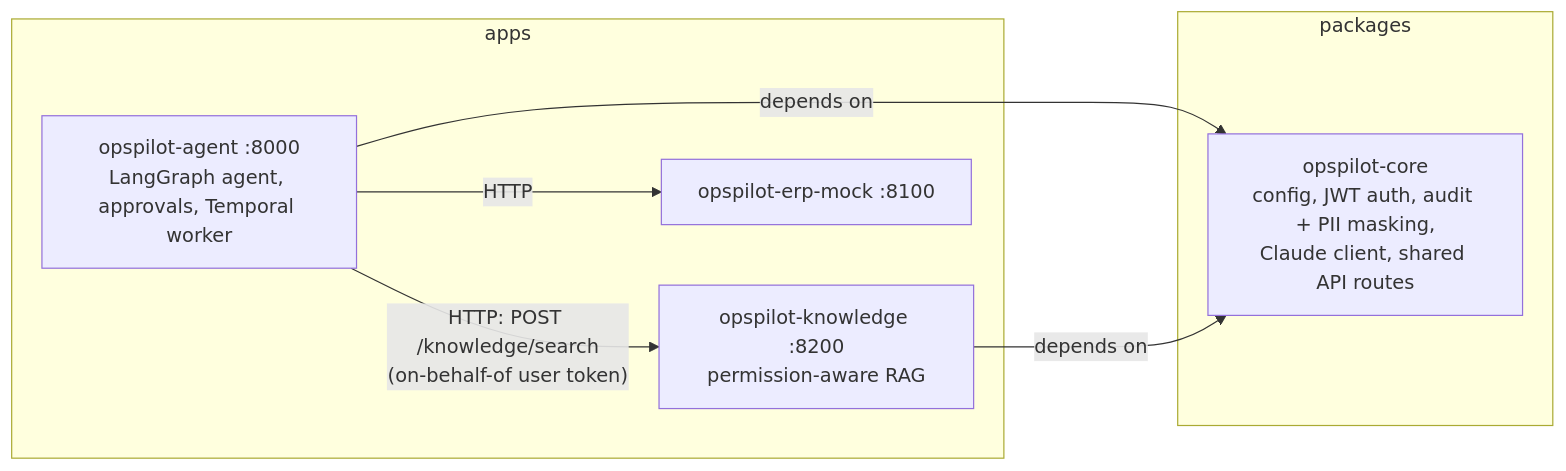
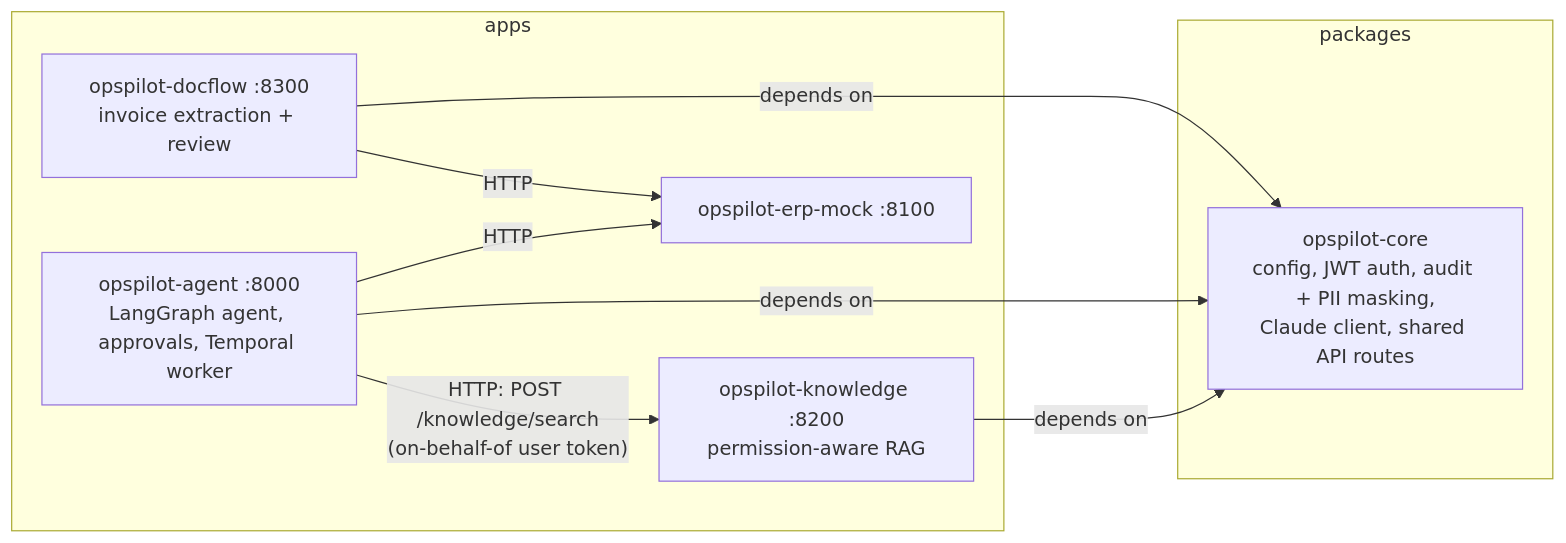
The first of 4 diagrams in README.md (tomy11/OpsPilot), drawn with Mermaid before and after one commit. The commit also changed other lines of this file and 38 other files, not shown here.

````diff
--- a/README.md
+++ b/README.md
@@ -17,15 +17,18 @@
 ```mermaid
 flowchart LR
     subgraph packages
         core["opspilot-core<br/>config, JWT auth, audit + PII masking,<br/>Claude client, shared API routes"]
     end
     subgraph apps
         agent["opspilot-agent :8000<br/>LangGraph agent, approvals, Temporal worker"]
         knowledge["opspilot-knowledge :8200<br/>permission-aware RAG"]
+        docflow["opspilot-docflow :8300<br/>invoice extraction + review"]
         erp["opspilot-erp-mock :8100"]
     end
+    docflow -- depends on --> core
+    docflow -- HTTP --> erp
     agent -- depends on --> core
     knowledge -- depends on --> core
     agent -- "HTTP: POST /knowledge/search<br/>(on-behalf-of user token)" --> knowledge
     agent -- HTTP --> erp
 ```
````
